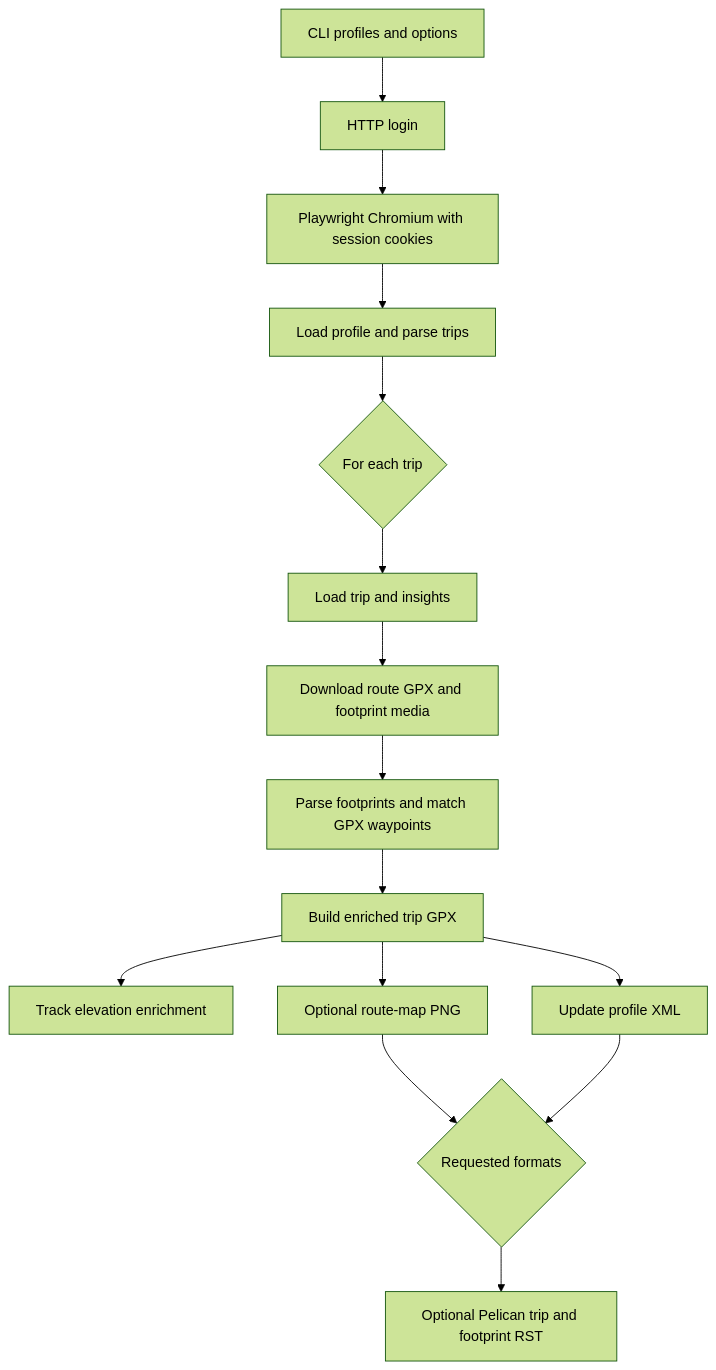
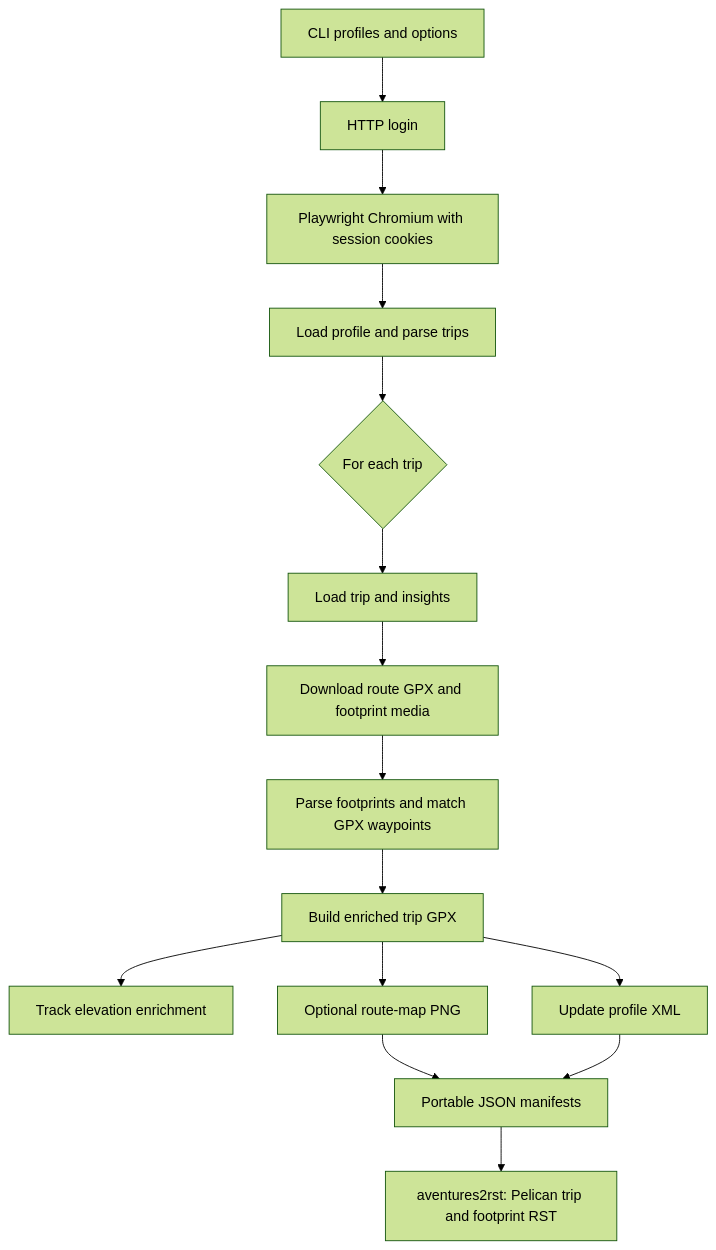
The diagram in docs/architecture.md (lburais/FindPenguinsScrapper), drawn with Mermaid (forest theme) before and after one commit. The commit also changed other lines of this file and 13 other files, not shown here.

````diff
--- a/docs/architecture.md
+++ b/docs/architecture.md
@@ -23,17 +26,17 @@
 ```mermaid
 flowchart TD
   A[CLI profiles and options] --> B[HTTP login]
   B --> C[Playwright Chromium with session cookies]
   C --> D[Load profile and parse trips]
   D --> E{For each trip}
   E --> F[Load trip and insights]
   F --> G[Download route GPX and footprint media]
   G --> H[Parse footprints and match GPX waypoints]
   H --> I[Build enriched trip GPX]
   I --> J[Track elevation enrichment]
   I --> K[Optional route-map PNG]
   I --> L[Update profile XML]
-  K --> M{Requested formats}
+  K --> M[Portable JSON manifests]
   L --> M
-  M --> O[Optional Pelican trip and footprint RST]
+  M --> O[aventures2rst: Pelican trip and footprint RST]
 ```
````
